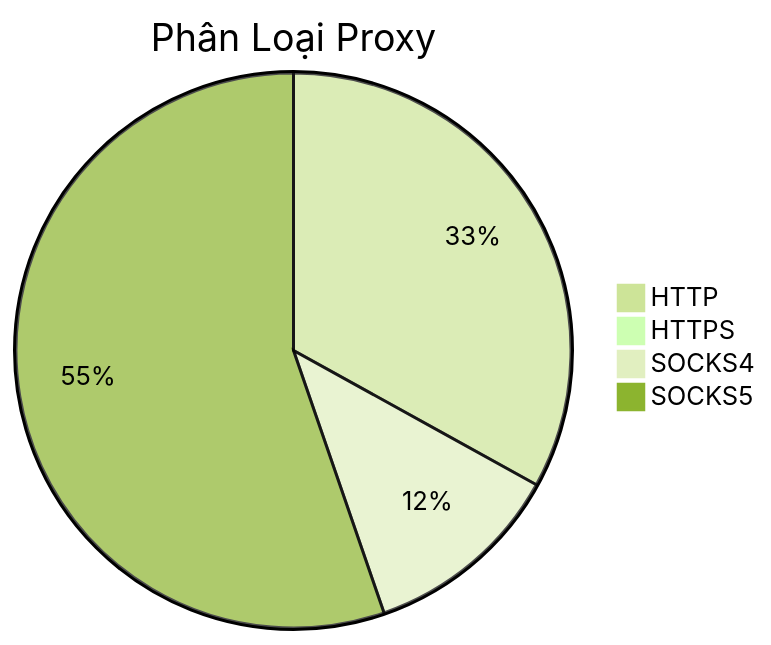
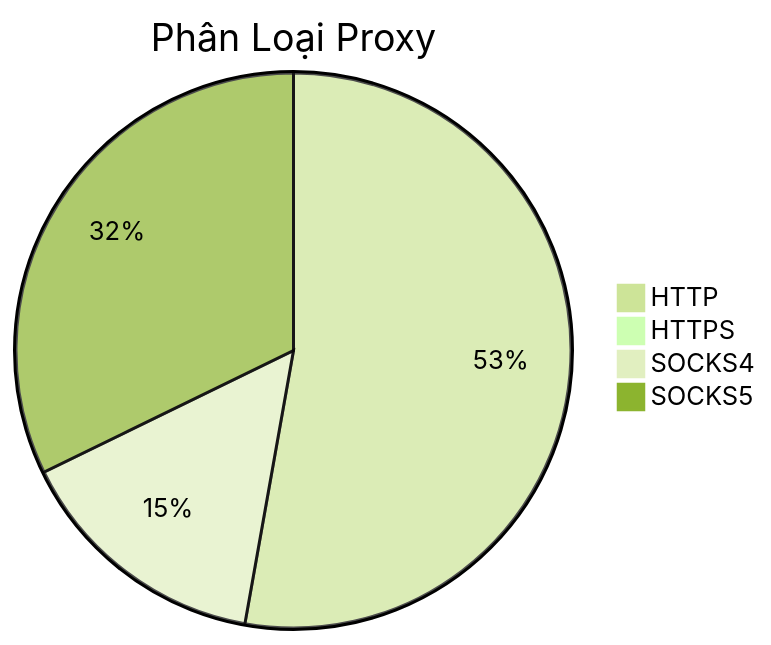
Before and after one commit to Ciara-12/PROXY-free: the diagram in README.md, drawn with Mermaid (forest theme). The commit also changed other lines of this file and 4 other files, not shown here.

````diff
--- a/README.md
+++ b/README.md
@@ -26,7 +26,7 @@
 ```mermaid
 pie title Phân Loại Proxy
-    "HTTP" : 931
-    "HTTPS" : 2
-    "SOCKS4" : 329
-    "SOCKS5" : 1558
+    "HTTP" : 1121
+    "HTTPS" : 1
+    "SOCKS4" : 318
+    "SOCKS5" : 684
 ```
````
